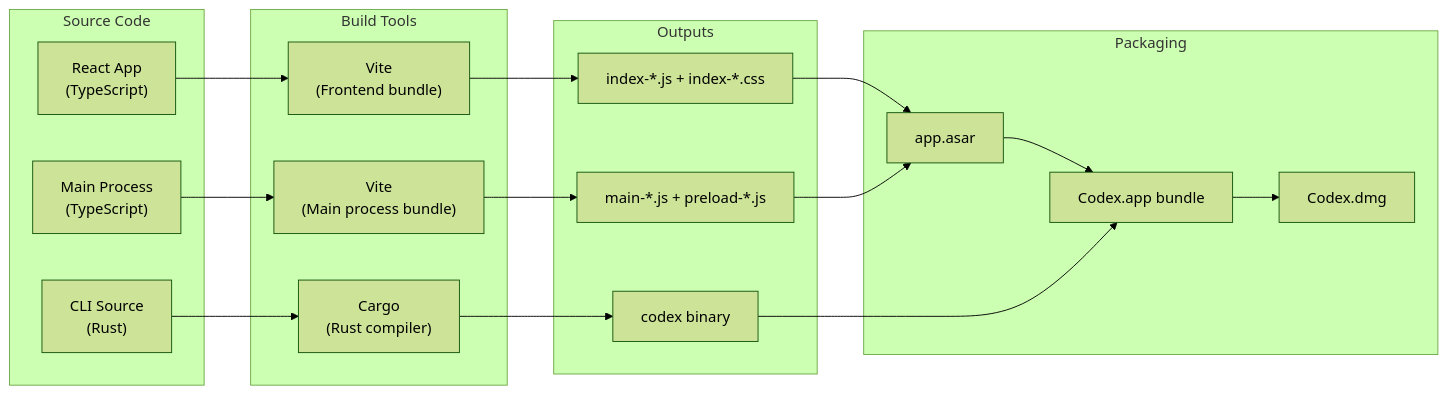
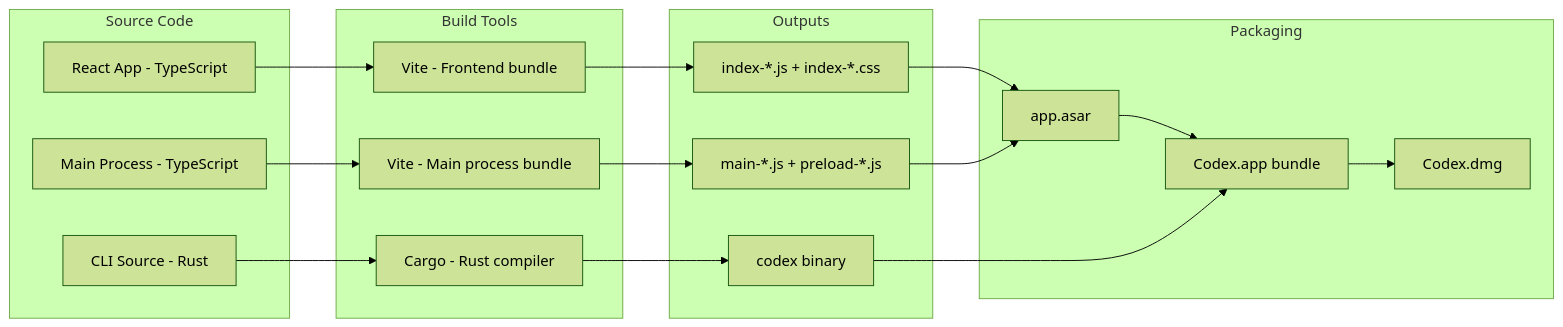
The first of 3 diagrams in 17-build-deploy.md (ChrisFeldmeier/codex-research), drawn with Mermaid (forest theme) before and after one commit. The commit also changed other lines of this file and 10 other files, not shown here.

Commit message:
Refactor mermaid diagrams for improved clarity and consistency in label descriptions across various documentation files

````diff
--- a/17-build-deploy.md
+++ b/17-build-deploy.md
@@ -9,36 +9,36 @@
 ```mermaid
 flowchart LR
     subgraph "Source Code"
-        REACT["React App<br/>(TypeScript)"]
-        MAIN_TS["Main Process<br/>(TypeScript)"]
-        RUST["CLI Source<br/>(Rust)"]
+        REACT["React App - TypeScript"]
+        MAIN_TS["Main Process - TypeScript"]
+        RUST["CLI Source - Rust"]
     end
 
     subgraph "Build Tools"
-        VITE["Vite<br/>(Frontend bundle)"]
-        VITE_MAIN["Vite<br/>(Main process bundle)"]
-        CARGO["Cargo<br/>(Rust compiler)"]
+        VITE["Vite - Frontend bundle"]
+        VITE_MAIN["Vite - Main process bundle"]
+        CARGO["Cargo - Rust compiler"]
     end
 
     subgraph "Outputs"
         JS_BUNDLE["index-*.js + index-*.css"]
         MAIN_BUNDLE["main-*.js + preload-*.js"]
         CLI_BIN["codex binary"]
     end
 
     subgraph "Packaging"
         ASAR["app.asar"]
         APP["Codex.app bundle"]
         DMG["Codex.dmg"]
     end
 
     REACT --> VITE --> JS_BUNDLE
     MAIN_TS --> VITE_MAIN --> MAIN_BUNDLE
     RUST --> CARGO --> CLI_BIN
 
     JS_BUNDLE --> ASAR
     MAIN_BUNDLE --> ASAR
     ASAR --> APP
     CLI_BIN --> APP
     APP --> DMG
 ```
````
